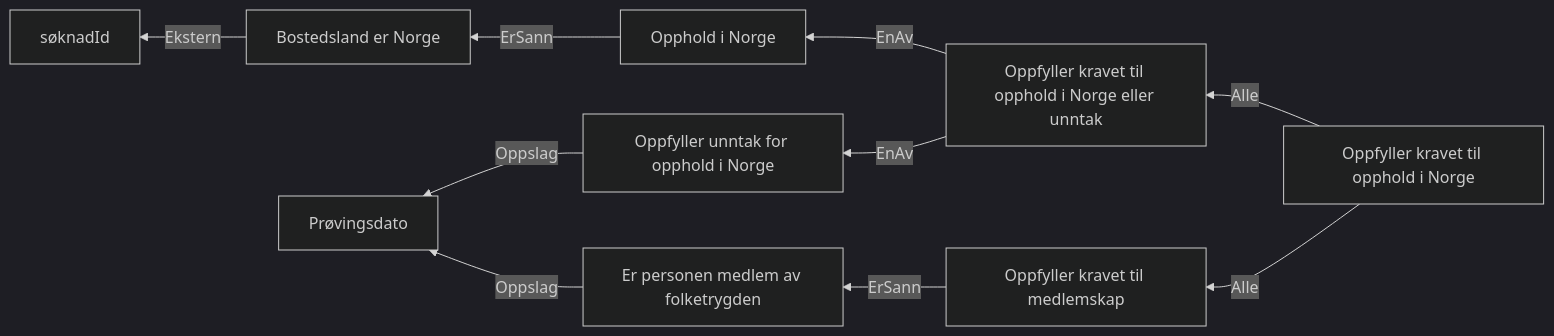
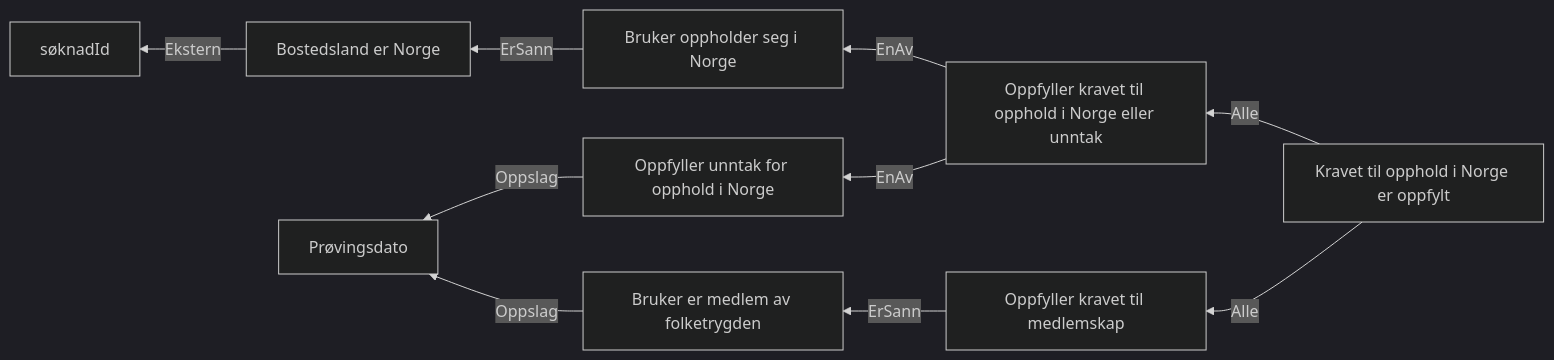
The diagram in docs/regler/§ 4-2. Opphold i Norge.approved.md (navikt/dp-behandling), drawn with Mermaid (dark theme) before and after one commit. The commit also changed 29 other files, not shown here.

````diff
--- a/docs/regler/§ 4-2. Opphold i Norge.approved.md
+++ b/docs/regler/§ 4-2. Opphold i Norge.approved.md
@@ -5,12 +5,12 @@
 ```mermaid
 graph RL
   A["Bostedsland er Norge"] -->|"Ekstern"| B["søknadId"]
-  C["Opphold i Norge"] -->|"ErSann"| A["Bostedsland er Norge"]
+  C["Bruker oppholder seg i Norge"] -->|"ErSann"| A["Bostedsland er Norge"]
   D["Oppfyller unntak for opphold i Norge"] -->|"Oppslag"| E["Prøvingsdato"]
-  F["Oppfyller kravet til opphold i Norge eller unntak"] -->|"EnAv"| C["Opphold i Norge"]
+  F["Oppfyller kravet til opphold i Norge eller unntak"] -->|"EnAv"| C["Bruker oppholder seg i Norge"]
   F["Oppfyller kravet til opphold i Norge eller unntak"] -->|"EnAv"| D["Oppfyller unntak for opphold i Norge"]
-  G["Er personen medlem av folketrygden"] -->|"Oppslag"| E["Prøvingsdato"]
-  H["Oppfyller kravet til medlemskap"] -->|"ErSann"| G["Er personen medlem av folketrygden"]
-  I["Oppfyller kravet til opphold i Norge"] -->|"Alle"| F["Oppfyller kravet til opphold i Norge eller unntak"]
-  I["Oppfyller kravet til opphold i Norge"] -->|"Alle"| H["Oppfyller kravet til medlemskap"]
+  G["Bruker er medlem av folketrygden"] -->|"Oppslag"| E["Prøvingsdato"]
+  H["Oppfyller kravet til medlemskap"] -->|"ErSann"| G["Bruker er medlem av folketrygden"]
+  I["Kravet til opphold i Norge er oppfylt"] -->|"Alle"| F["Oppfyller kravet til opphold i Norge eller unntak"]
+  I["Kravet til opphold i Norge er oppfylt"] -->|"Alle"| H["Oppfyller kravet til medlemskap"]
 ```
````
